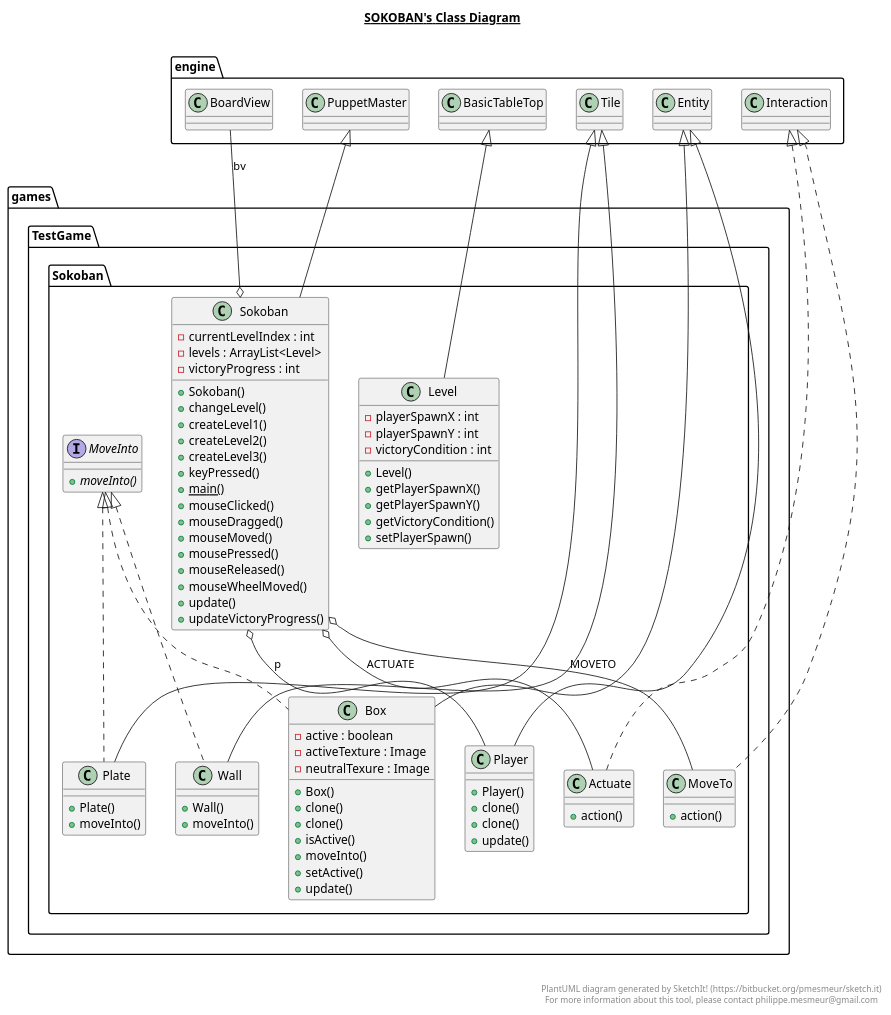
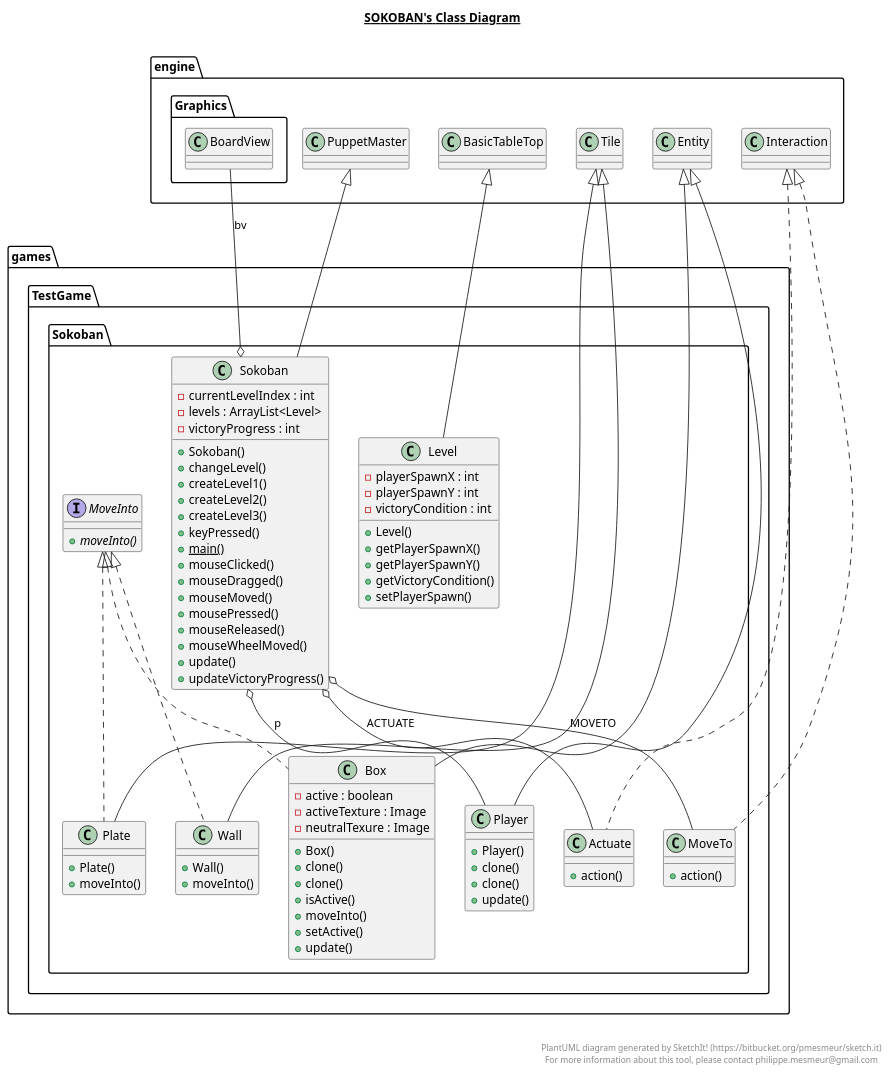
One commit to Twofigo/GridBasedGameEngine changed the diagram in src/games/TestGame/Sokoban/Sokoban.plantuml. Above: the diagram before and after it, drawn with PlantUML. The commit also changed 29 other files, not shown here.

```diff
--- a/src/games/TestGame/Sokoban/Sokoban.plantuml
+++ b/src/games/TestGame/Sokoban/Sokoban.plantuml
@@ -1,148 +1,148 @@
 @startuml
 
 title __SOKOBAN's Class Diagram__\n
 
   namespace games.TestGame {
     namespace Sokoban {
       class games.TestGame.Sokoban.Actuate {
           + action()
       }
     }
   }
   
 
   namespace games.TestGame {
     namespace Sokoban {
       class games.TestGame.Sokoban.Box {
           - active : boolean
           - activeTexture : Image
           - neutralTexure : Image
           + Box()
           + clone()
           + clone()
           + isActive()
           + moveInto()
           + setActive()
           + update()
       }
     }
   }
   
 
   namespace games.TestGame {
     namespace Sokoban {
       class games.TestGame.Sokoban.Level {
           - playerSpawnX : int
           - playerSpawnY : int
           - victoryCondition : int
           + Level()
           + getPlayerSpawnX()
           + getPlayerSpawnY()
           + getVictoryCondition()
           + setPlayerSpawn()
       }
     }
   }
   
 
   namespace games.TestGame {
     namespace Sokoban {
       interface games.TestGame.Sokoban.MoveInto {
           {abstract} + moveInto()
       }
     }
   }
   
 
   namespace games.TestGame {
     namespace Sokoban {
       class games.TestGame.Sokoban.MoveTo {
           + action()
       }
     }
   }
   
 
   namespace games.TestGame {
     namespace Sokoban {
       class games.TestGame.Sokoban.Plate {
           + Plate()
           + moveInto()
       }
     }
   }
   
 
   namespace games.TestGame {
     namespace Sokoban {
       class games.TestGame.Sokoban.Player {
           + Player()
           + clone()
           + clone()
           + update()
       }
     }
   }
   
 
   namespace games.TestGame {
     namespace Sokoban {
       class games.TestGame.Sokoban.Sokoban {
           - currentLevelIndex : int
           - levels : ArrayList<Level>
           - victoryProgress : int
           + Sokoban()
           + changeLevel()
           + createLevel1()
           + createLevel2()
           + createLevel3()
           + keyPressed()
           {static} + main()
           + mouseClicked()
           + mouseDragged()
           + mouseMoved()
           + mousePressed()
           + mouseReleased()
           + mouseWheelMoved()
           + update()
           + updateVictoryProgress()
       }
     }
   }
   
 
   namespace games.TestGame {
     namespace Sokoban {
       class games.TestGame.Sokoban.Wall {
           + Wall()
           + moveInto()
       }
     }
   }
   
 
   games.TestGame.Sokoban.Actuate .up.|> engine.Interaction
   games.TestGame.Sokoban.Box .up.|> games.TestGame.Sokoban.MoveInto
   games.TestGame.Sokoban.Box -up-|> engine.Entity
   games.TestGame.Sokoban.Level -up-|> engine.BasicTableTop
   games.TestGame.Sokoban.MoveTo .up.|> engine.Interaction
   games.TestGame.Sokoban.Plate .up.|> games.TestGame.Sokoban.MoveInto
   games.TestGame.Sokoban.Plate -up-|> engine.Tile
   games.TestGame.Sokoban.Player -up-|> engine.Entity
   games.TestGame.Sokoban.Sokoban -up-|> engine.PuppetMaster
   games.TestGame.Sokoban.Sokoban o-- games.TestGame.Sokoban.Actuate : ACTUATE
   games.TestGame.Sokoban.Sokoban o-- games.TestGame.Sokoban.MoveTo : MOVETO
-  games.TestGame.Sokoban.Sokoban o-- engine.BoardView : bv
+  games.TestGame.Sokoban.Sokoban o-- engine.Graphics.BoardView : bv
   games.TestGame.Sokoban.Sokoban o-- games.TestGame.Sokoban.Player : p
   games.TestGame.Sokoban.Wall .up.|> games.TestGame.Sokoban.MoveInto
   games.TestGame.Sokoban.Wall -up-|> engine.Tile
 
 
 right footer
 
 
 PlantUML diagram generated by SketchIt! (https://bitbucket.org/pmesmeur/sketch.it)
 For more information about this tool, please contact philippe.mesmeur@gmail.com
 endfooter
 
 @enduml
```
